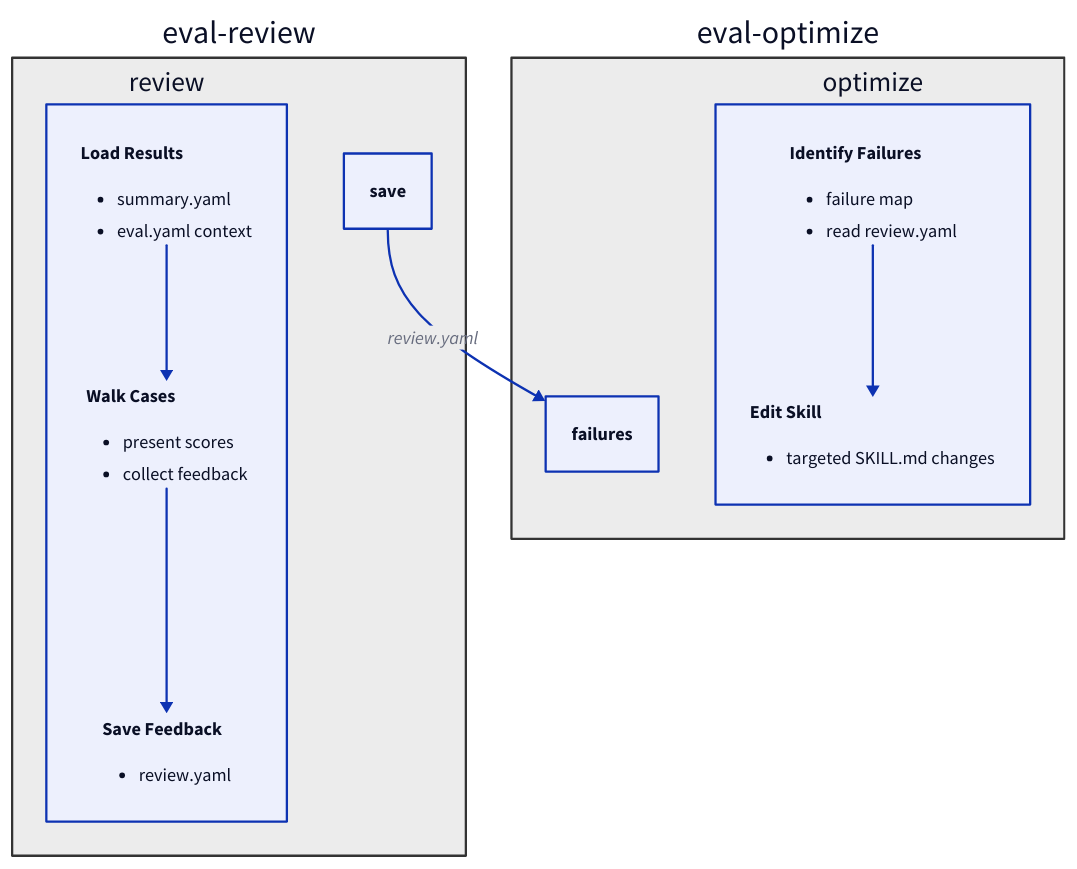
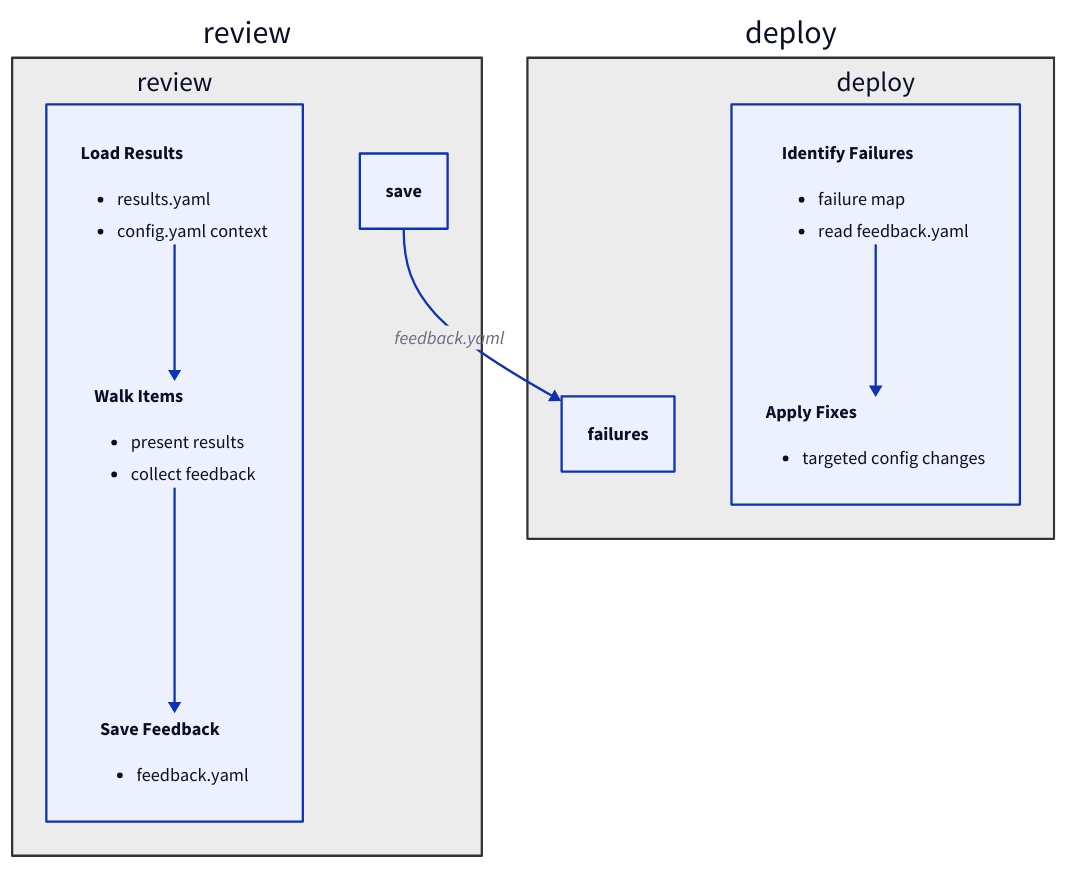
Before and after one commit to astefanutti/diagram-skills: the eighth of 19 diagrams in skills/skill-diagram/prompts/d2-conventions.md, drawn with D2. The commit also changed other lines of this file and 3 other files, not shown here.

````diff
--- a/skills/skill-diagram/prompts/d2-conventions.md
+++ b/skills/skill-diagram/prompts/d2-conventions.md
@@ -135,49 +135,49 @@
 ```d2
-review: "eval-review" {
+review: "review" {
   style.fill: "#ececec"
   style.stroke: "#333333"
   style.stroke-width: 2
 
   review.load: |md
     **Load Results**
 
-    - summary.yaml
-    - eval.yaml context
+    - results.yaml
+    - config.yaml context
   |
   review.walk: |md
-    **Walk Cases**
+    **Walk Items**
 
-    - present scores
+    - present results
     - collect feedback
   |
   review.save: |md
     **Save Feedback**
 
-    - review.yaml
+    - feedback.yaml
   |
   review.load -> review.walk
   review.walk -> review.save
 }
 
-optimize: "eval-optimize" {
+deploy: "deploy" {
   style.fill: "#ececec"
   style.stroke: "#333333"
   style.stroke-width: 2
 
-  optimize.failures: |md
+  deploy.failures: |md
     **Identify Failures**
 
     - failure map
-    - read review.yaml
+    - read feedback.yaml
   |
-  optimize.edit: |md
-    **Edit Skill**
+  deploy.edit: |md
+    **Apply Fixes**
 
-    - targeted SKILL.md changes
+    - targeted config changes
   |
-  optimize.failures -> optimize.edit
+  deploy.failures -> deploy.edit
 }
 
 # Cross-skill edge
-review.save -> optimize.failures: "review.yaml"
+review.save -> deploy.failures: "feedback.yaml"
 ```
````
